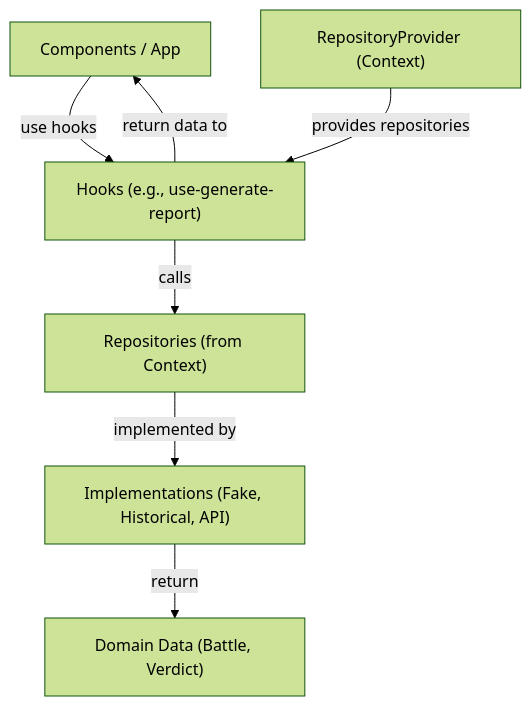
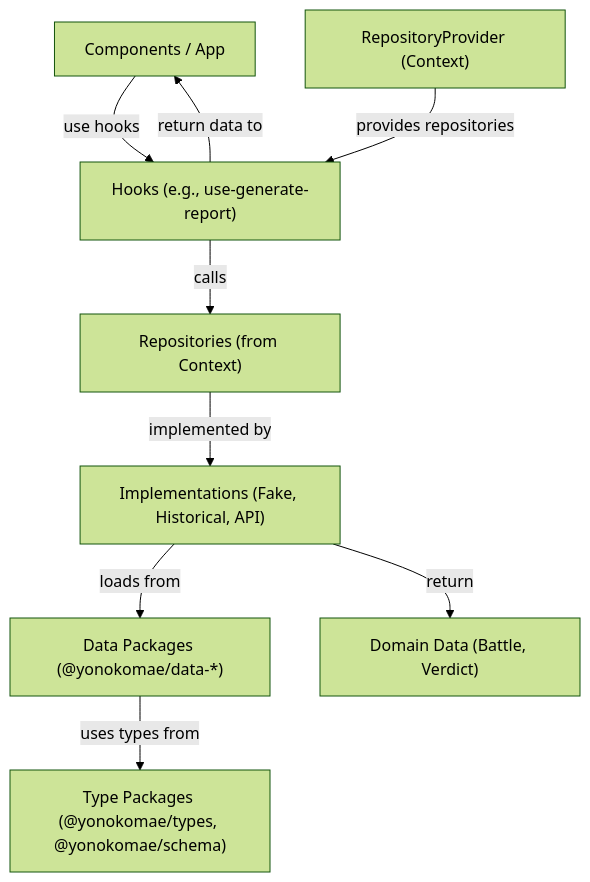
Before and after one commit to F88/yonokomae: the first of 3 diagrams in docs/DEVELOPMENT_EN.md, drawn with Mermaid (forest theme). The commit also changed other lines of this file and 186 other files, not shown here.

````diff
--- a/docs/DEVELOPMENT_EN.md
+++ b/docs/DEVELOPMENT_EN.md
@@ -40,9 +34,11 @@
 ```mermaid
 flowchart TD
     A["Components / App"] -- "use hooks" --> C["Hooks (e.g., use-generate-report)"]
     B["RepositoryProvider (Context)"] -- "provides repositories" --> C
     C -- "calls" --> D["Repositories (from Context)"]
     D -- "implemented by" --> F["Implementations (Fake, Historical, API)"]
+    F -- "loads from" --> H["Data Packages (@yonokomae/data-*)"]
     F -- "return" --> G["Domain Data (Battle, Verdict)"]
     C -- "return data to" --> A
+    H -- "uses types from" --> I["Type Packages (@yonokomae/types, @yonokomae/schema)"]
 ```
````
